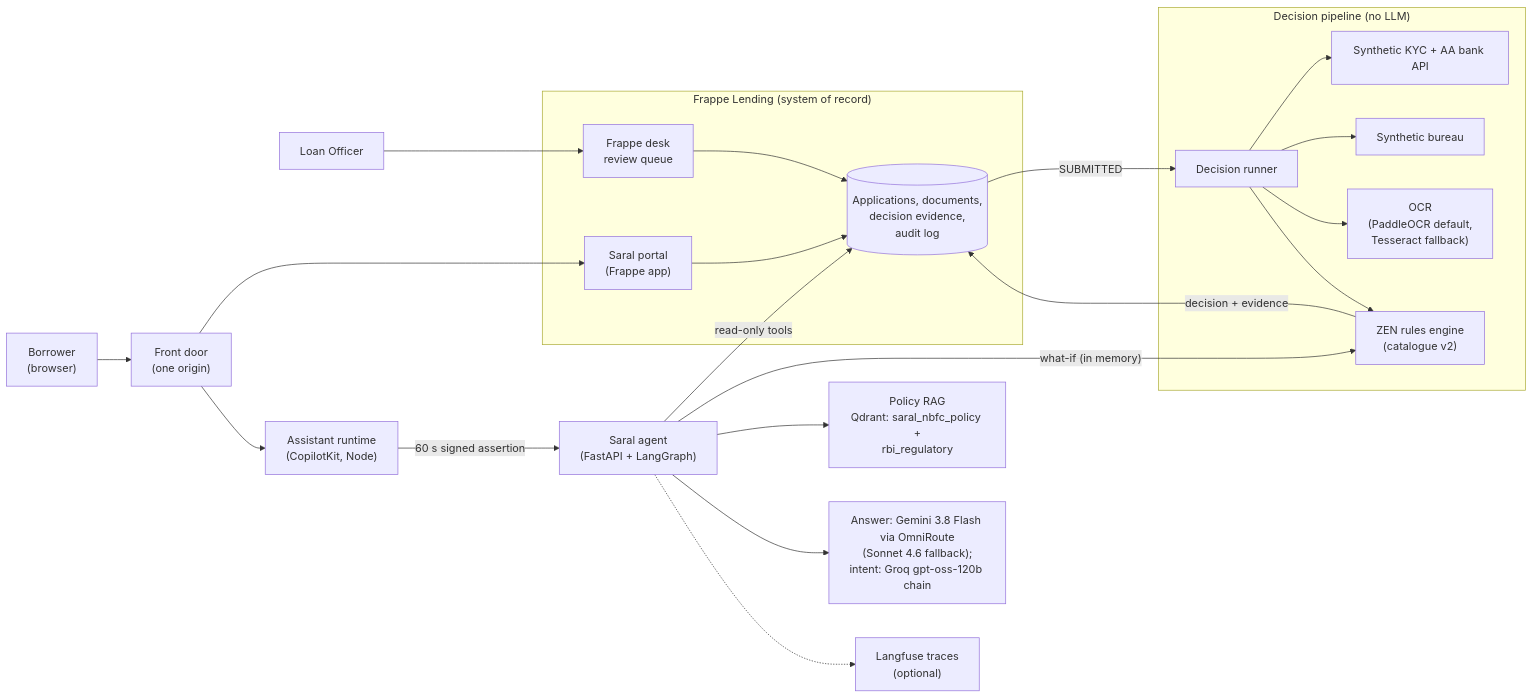
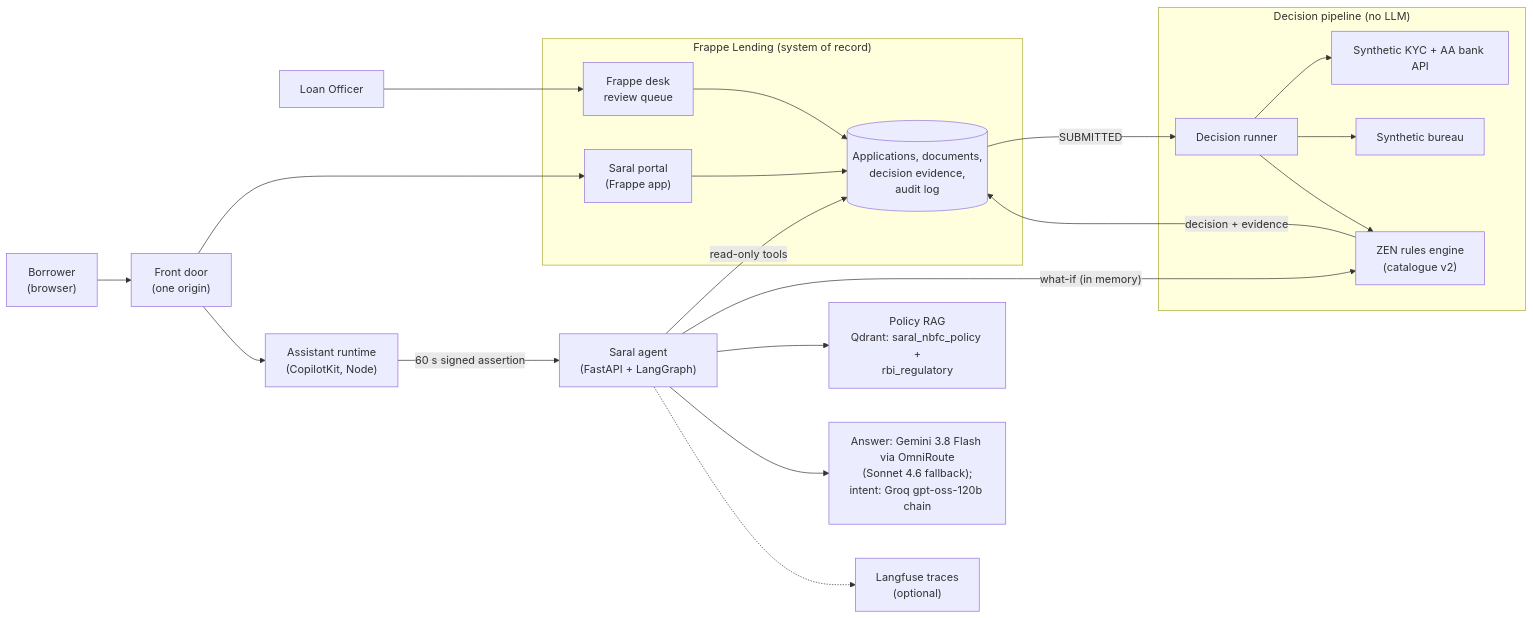
The diagram in README.md (Narendarcodes/saral), drawn with Mermaid before and after one commit. The commit also changed other lines of this file and 4 other files, not shown here.

````diff
--- a/README.md
+++ b/README.md
@@ -218,31 +218,30 @@
 ```mermaid
 flowchart LR
   B["Borrower<br/>(browser)"] --> FD["Front door<br/>(one origin)"]
   O["Loan Officer"] --> DESK["Frappe desk<br/>review queue"]
   FD --> P["Saral portal<br/>(Frappe app)"]
   FD --> RT["Assistant runtime<br/>(CopilotKit, Node)"]
   RT -- "60 s signed assertion" --> AG["Saral agent<br/>(FastAPI + LangGraph)"]
 
   subgraph FR["Frappe Lending (system of record)"]
     P
     DESK
     LMS[("Applications, documents,<br/>decision evidence,<br/>audit log")]
   end
   P --> LMS
   DESK --> LMS
 
   subgraph DEC["Decision pipeline (no LLM)"]
     RUN["Decision runner"] --> KYC["Synthetic KYC + AA bank API"]
     RUN --> BUR["Synthetic bureau"]
-    RUN --> OCR["OCR<br/>(PaddleOCR default,<br/>Tesseract fallback)"]
     RUN --> ZEN["ZEN rules engine<br/>(catalogue v2)"]
   end
   LMS -- "SUBMITTED" --> RUN
   ZEN -- "decision + evidence" --> LMS
 
   AG -- "read-only tools" --> LMS
   AG -- "what-if (in memory)" --> ZEN
   AG --> RAG["Policy RAG<br/>Qdrant: saral_nbfc_policy +<br/>rbi_regulatory"]
   AG --> LLM["Answer: Gemini 3.8 Flash via OmniRoute<br/>(Sonnet 4.6 fallback);<br/>intent: Groq gpt-oss-120b chain"]
   AG -.-> LF["Langfuse traces<br/>(optional)"]
 ```
````
